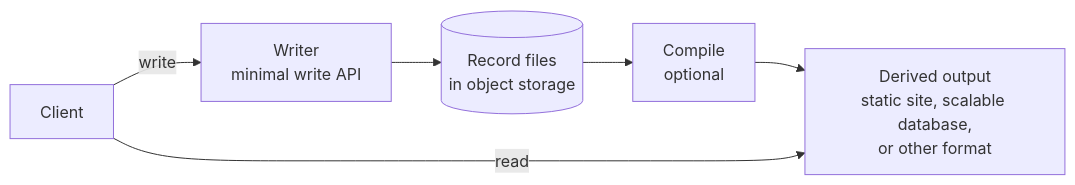
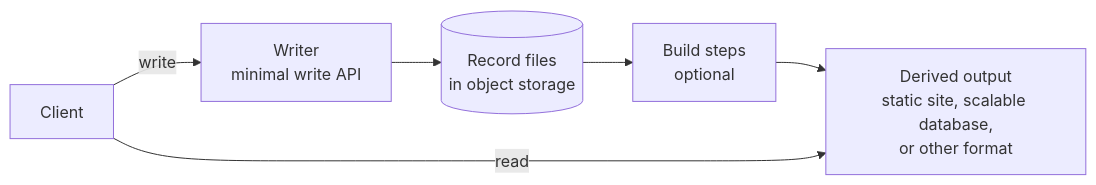
The first of 3 diagrams in README.md (bristweb/yafidb), drawn with Mermaid before and after one commit. The commit also changed other lines of this file and 4 other files, not shown here.

Commit message:
Add architecture: root, manifest, workers, pipelines, quarantine

````diff
--- a/README.md
+++ b/README.md
@@ -62,9 +62,9 @@
 ```mermaid
 flowchart LR
     C[Client]
     C -->|write| W[Writer<br/>minimal write API]
     W --> F[(Record files<br/>in object storage)]
-    F --> K[Compile<br/>optional]
+    F --> K[Build steps<br/>optional]
     K --> S[Derived output<br/>static site, scalable database,<br/>or other format]
     C -->|read| S
 ```
````
